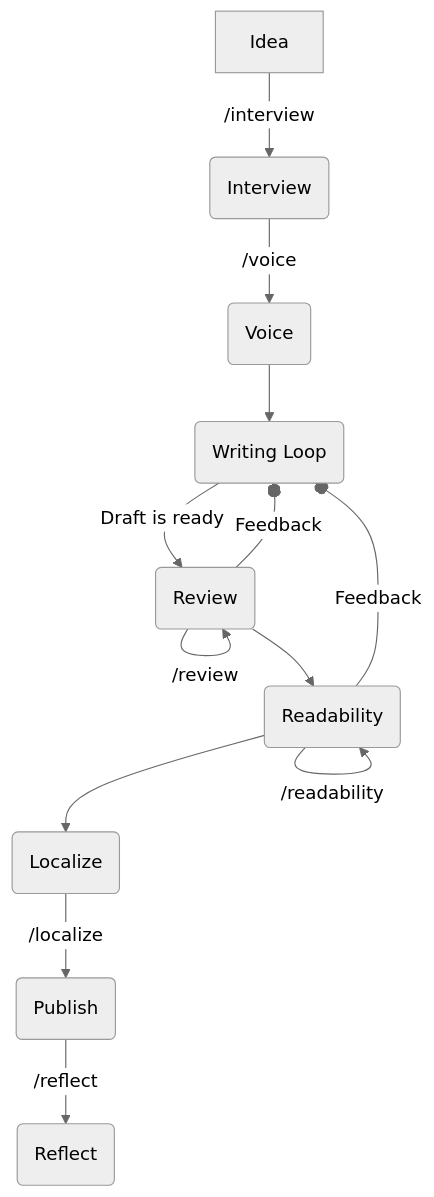
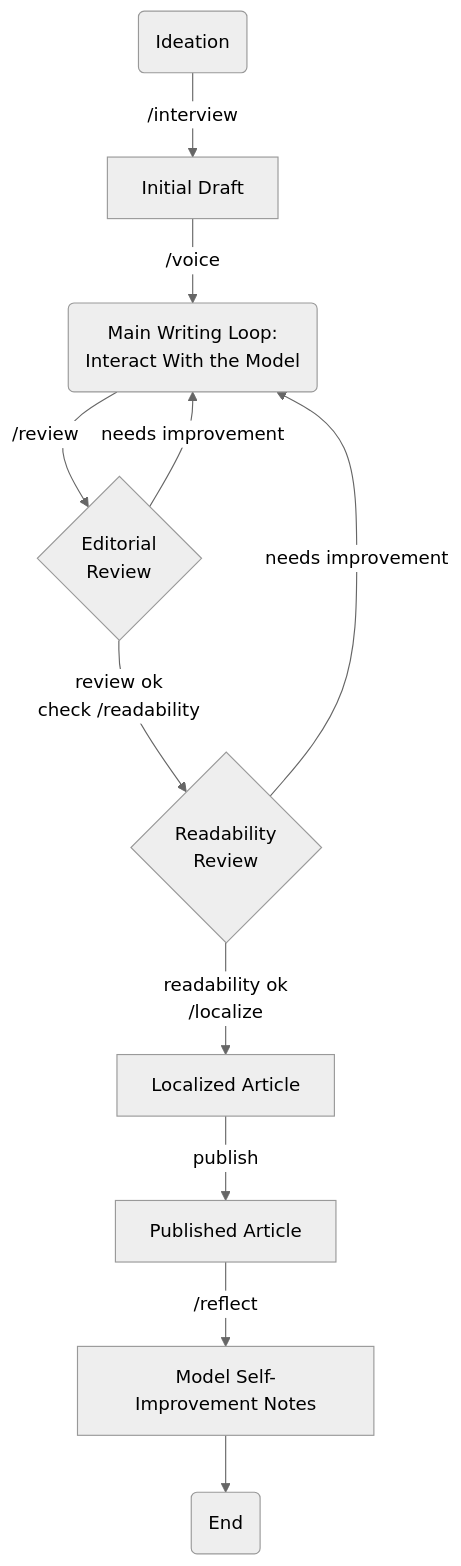
The diagram in README.md (danicat/speedgrapher), drawn with Mermaid (neutral theme) before and after one commit.

Commit message:
docs: Update Mermaid diagram with user-provided version

````diff
--- a/README.md
+++ b/README.md
@@ -61,15 +61,13 @@
 ```mermaid
-graph TD
-    A[Idea] -->|/interview| B(Interview);
-    B -->|/voice| C(Voice);
-    C --> D(Writing Loop);
-    D -->|Draft is ready| E(Review);
-    E -->|/review| E;
-    E --o|Feedback| D;
-    E --> F(Readability);
-    F -->|/readability| F;
-    F --o|Feedback| D;
-    F --> G(Localize);
-    G -->|/localize| H(Publish);
-    H -->|/reflect| I(Reflect);
+flowchart TD
+    I(Ideation) -->|/interview| ID[Initial Draft]
+    ID -->|/voice| WL(Main Writing Loop:<br>Interact With the Model)
+    WL -->|/review| RV{Editorial<br>Review}
+    RV -->|needs improvement| WL
+    RV -->|review ok<br>check /readability| RD{Readability<br>Review}
+    RD -->|needs improvement| WL
+    RD -->|readability ok<br>/localize| L[Localized Article]
+    L -->|publish| P[Published Article]
+    P -->|/reflect| S[Model Self-Improvement Notes]
+    S --> E(End)
 ```
````
